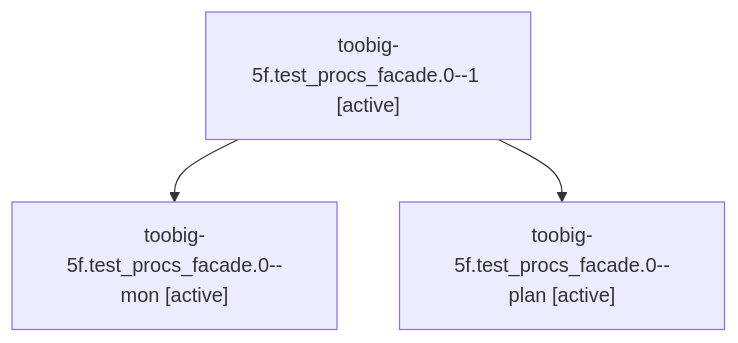
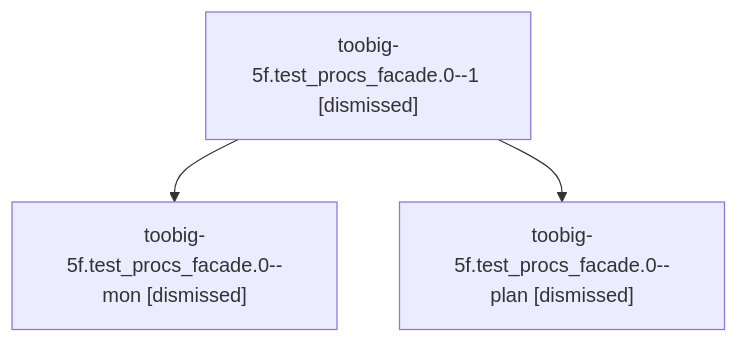
Before and after one commit to sase-org/sase--agents: the diagram in sessions/bbugyi200.athena.toobig-5f.test_procs_facade.0.md, drawn with Mermaid. The commit also changed other lines of this file and 99 other files, not shown here.

````diff
--- a/sessions/bbugyi200.athena.toobig-5f.test_procs_facade.0.md
+++ b/sessions/bbugyi200.athena.toobig-5f.test_procs_facade.0.md
@@ -9,8 +9,8 @@
 ```mermaid
 flowchart TD
-  n0["toobig-5f.test_procs_facade.0--1 [active]"]
-  n1["toobig-5f.test_procs_facade.0--mon [active]"]
+  n0["toobig-5f.test_procs_facade.0--1 [dismissed]"]
+  n1["toobig-5f.test_procs_facade.0--mon [dismissed]"]
   n0 --> n1
-  n2["toobig-5f.test_procs_facade.0--plan [active]"]
+  n2["toobig-5f.test_procs_facade.0--plan [dismissed]"]
   n0 --> n2
 ```
````
